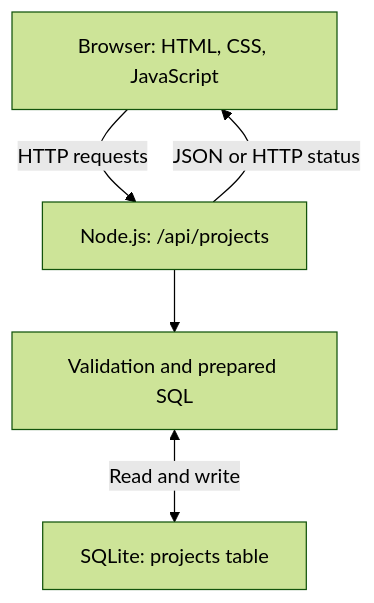
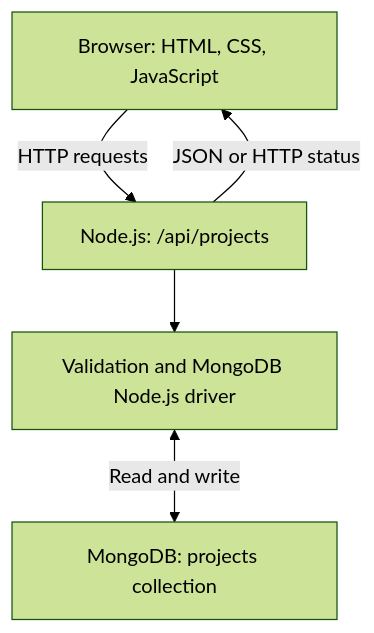
Before and after one commit to UOHZIQIZ/System-Design-PORJECT2-API: the diagram in docs/system-design.md, drawn with Mermaid (forest theme). The commit also changed other lines of this file and 9 other files, not shown here.

````diff
--- a/docs/system-design.md
+++ b/docs/system-design.md
@@ -12,11 +12,11 @@
 ```mermaid
 flowchart TD
   A["Browser: HTML, CSS, JavaScript"]
   B["Node.js: /api/projects"]
-  C["Validation and prepared SQL"]
-  D["SQLite: projects table"]
+  C["Validation and MongoDB Node.js driver"]
+  D["MongoDB: projects collection"]
   A -->|"HTTP requests"| B
   B -->|"JSON or HTTP status"| A
   B --> C
   C <-->|"Read and write"| D
 ```
````
